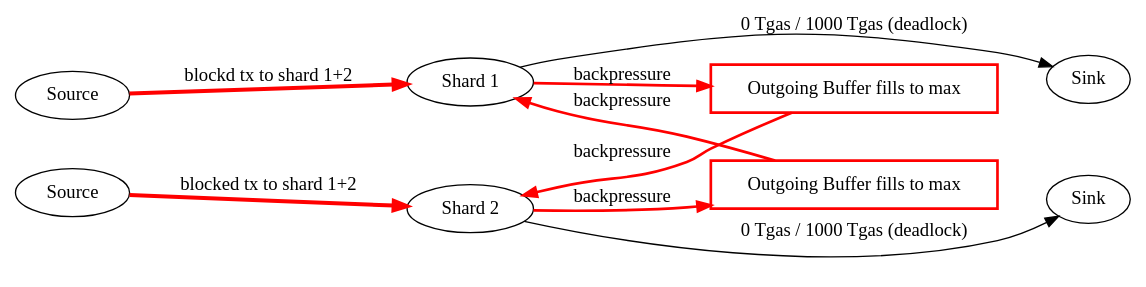
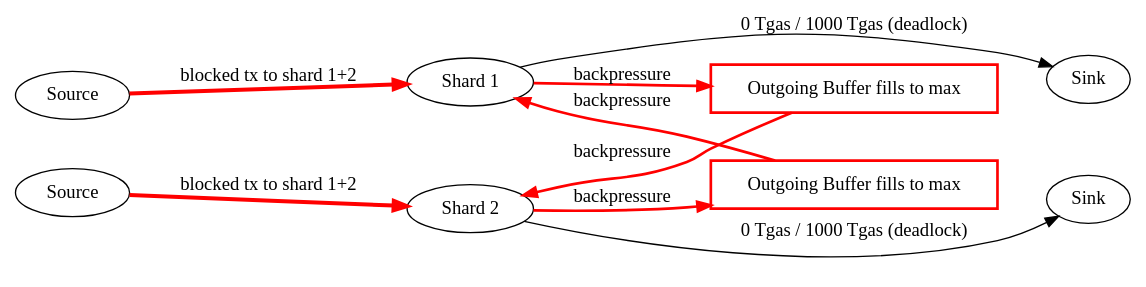
The diagram in docs/images/congestion/receipt_flow_example_3_1.dot (near/nearcore), drawn with Graphviz before and after one commit. The commit also changed 2 other files, not shown here.

```diff
--- a/docs/images/congestion/receipt_flow_example_3_1.dot
+++ b/docs/images/congestion/receipt_flow_example_3_1.dot
@@ -1,67 +1,67 @@
 digraph G {
     rankdir=LR;
 
     // Invisible nodes for alignment
     {
         node [shape=point, width=0, height=0, label=""];
         invisible_sink1;
         invisible_sink2;
     }
 
     // Nodes
     subgraph cluster_shard1 {
         label = "Shard 1";
         style=filled;
         color=lightgrey;
         node [shape=ellipse];
 
         Source1 [label="Source"];
         Shard1 [label="Shard 1"];
         Sink1 [label="Sink"];
         Buffer1 [label="Outgoing Buffer fills to max" shape=box color="red" penwidth=2];
 
 
         Sink1 -> invisible_sink1 [style=invis];
         Buffer1 -> Sink1 [style=invis];
     }
 
     subgraph cluster_shard2 {
         label = "Shard 2";
         style=filled;
         color=lightgrey;
         node [shape=ellipse];
 
         Source2 [label="Source"];
         Shard2 [label="Shard 2"];
         Sink2 [label="Sink"];
         Buffer2 [label="Outgoing Buffer fills to max" shape=box color="red" penwidth=2];
 
         invisible_sink1 -> invisible_sink2 [style=invis];
         Source1 -> Source2 [style=invis];
         Sink2 -> invisible_sink2 [style=invis];
         Buffer2 -> Sink2 [style=invis];
     }
 
    
     // Edges
-    Source1 -> Shard1 [label="blockd tx to shard 1+2" color="red" penwidth=3];
+    Source1 -> Shard1 [label="blocked tx to shard 1+2" color="red" penwidth=3];
     Source2 -> Shard2 [label="blocked tx to shard 1+2" color="red" penwidth=3];
 
     Shard1 -> Sink1 [label="0 Tgas / 1000 Tgas (deadlock)"];
     Shard2 -> Sink2 [label="0 Tgas / 1000 Tgas (deadlock)"];
 
     Shard1 -> Buffer1 [label="backpressure" color="red" penwidth=2]
     Buffer1 -> Shard2 [label="backpressure" color="red" penwidth=2];
 
     Shard2 -> Buffer2 [label="backpressure" color="red" penwidth=2]
     Buffer2 -> Shard1 [label="backpressure" color="red" penwidth=2];
 
 
 
 
     // Aligning subgraphs
     {rank=same; Source1; Source2;}
     {rank=same; Shard1; Shard2;}
     {rank=same; Buffer1; Buffer2;}
     {rank=same; Sink1; Sink2; invisible_sink1; invisible_sink2;}
 }
```
